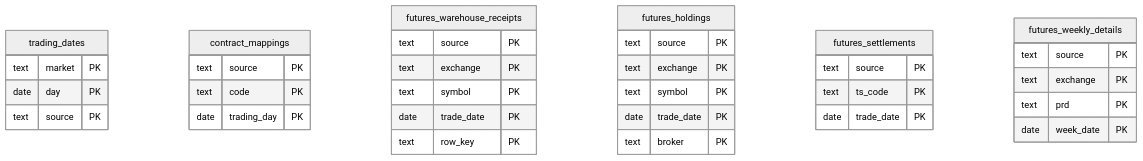
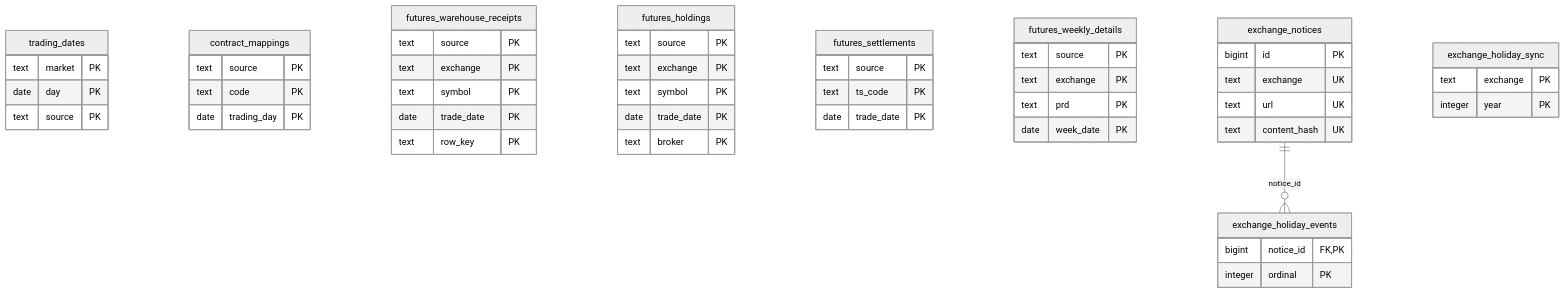
The third of 4 diagrams in docs/DATABASE_SCHEMA.md (pbeenigg/pfor-qmt), drawn with Mermaid (neutral theme) before and after one commit. The commit also changed other lines of this file and 34 other files, not shown here.

````diff
--- a/docs/DATABASE_SCHEMA.md
+++ b/docs/DATABASE_SCHEMA.md
@@ -115,38 +115,53 @@
 ```mermaid
 erDiagram
     trading_dates {
         text market PK
         date day PK
         text source PK
     }
     contract_mappings {
         text source PK
         text code PK
         date trading_day PK
     }
     futures_warehouse_receipts {
         text source PK
         text exchange PK
         text symbol PK
         date trade_date PK
         text row_key PK
     }
     futures_holdings {
         text source PK
         text exchange PK
         text symbol PK
         date trade_date PK
         text broker PK
     }
     futures_settlements {
         text source PK
         text ts_code PK
         date trade_date PK
     }
     futures_weekly_details {
         text source PK
         text exchange PK
         text prd PK
         date week_date PK
     }
+    exchange_notices {
+        bigint id PK
+        text exchange UK
+        text url UK
+        text content_hash UK
+    }
+    exchange_holiday_events {
+        bigint notice_id FK,PK
+        integer ordinal PK
+    }
+    exchange_holiday_sync {
+        text exchange PK
+        integer year PK
+    }
+    exchange_notices ||--o{ exchange_holiday_events : "notice_id"
 ```
````
